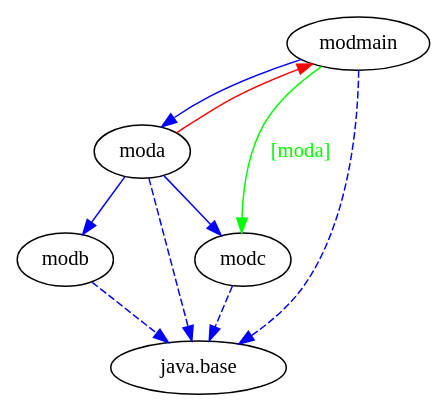
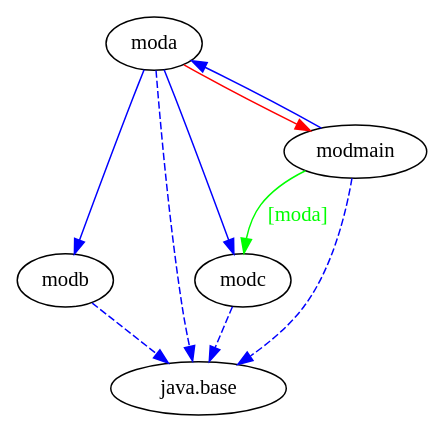
One commit to accso/java9-jigsaw-examples changed the diagram in jigsaw-examples/example_requires_exports_requires-transitive_exports-to/moduledependencies.dot. Above: the diagram before and after it, drawn with Graphviz. The commit also changed 81 other files, not shown here.

```diff
--- a/jigsaw-examples/example_requires_exports_requires-transitive_exports-to/moduledependencies.dot
+++ b/jigsaw-examples/example_requires_exports_requires-transitive_exports-to/moduledependencies.dot
@@ -1,17 +1,17 @@
-# Created by depvis.JigsawDepVisualizer on Sun Nov 20 17:44:20 CET 2016
+# Created by depvis.JigsawDepVisualizer on Fri Dec 30 11:18:15 CET 2016
 digraph Java9_Dependency_Visualizer {
+moda[fontname="Consolas",shape="ellipse",label="moda"];
+modb[fontname="Consolas",shape="ellipse",label="modb"];
+modc[fontname="Consolas",shape="ellipse",label="modc"];
+java_base[fontname="Consolas",shape="ellipse",label="java.base"];
 modmain[fontname="Consolas",shape="ellipse",label="modmain"];
-moda[fontname="Consolas",shape="ellipse",label="moda"];
-java_base[fontname="Consolas",shape="ellipse",label="java.base"];
-modc[fontname="Consolas",shape="ellipse",label="modc"];
-modb[fontname="Consolas",shape="ellipse",label="modb"];
+moda -> modb[color="#0000ff",fontname="Consolas",fontcolor="#0000ff",weight="8"]
+moda -> modc[color="#0000ff",fontname="Consolas",fontcolor="#0000ff",weight="8"]
+moda -> java_base[color="#0000ff",fontname="Consolas",fontcolor="#0000ff",style="dashed",weight="16"]
+moda -> modmain[fontname="Consolas",fontcolor="#ff0000",color="#ff0000",weight="2"]
 modmain -> moda[color="#0000ff",fontname="Consolas",fontcolor="#0000ff",weight="8"]
 modmain -> java_base[color="#0000ff",fontname="Consolas",fontcolor="#0000ff",style="dashed",weight="16"]
 modmain -> modc[color="#00ff00",fontname="Consolas",fontcolor="#00ff00",weight="4",label="[moda]"]
+modb -> java_base[color="#0000ff",fontname="Consolas",fontcolor="#0000ff",style="dashed",weight="16"]
 modc -> java_base[color="#0000ff",fontname="Consolas",fontcolor="#0000ff",style="dashed",weight="16"]
-moda -> modc[color="#0000ff",fontname="Consolas",fontcolor="#0000ff",weight="8"]
-moda -> modb[color="#0000ff",fontname="Consolas",fontcolor="#0000ff",weight="8"]
-moda -> java_base[color="#0000ff",fontname="Consolas",fontcolor="#0000ff",style="dashed",weight="16"]
-moda -> modmain[fontname="Consolas",fontcolor="#ff0000",color="#ff0000",weight="2"]
-modb -> java_base[color="#0000ff",fontname="Consolas",fontcolor="#0000ff",style="dashed",weight="16"]
 }
```
